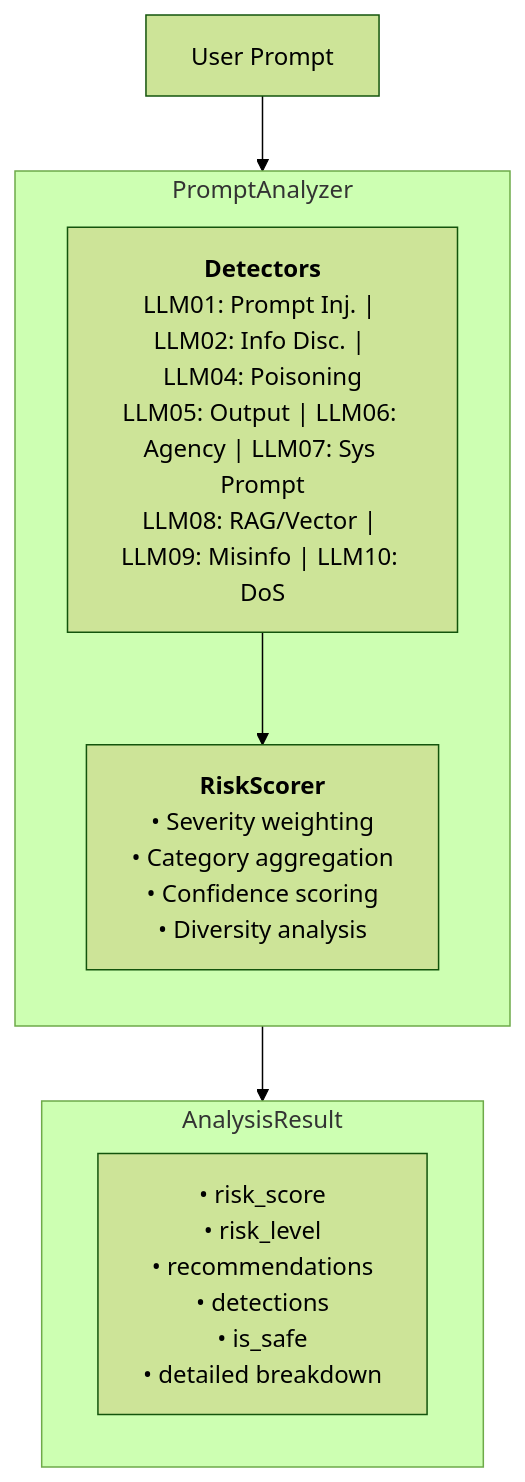
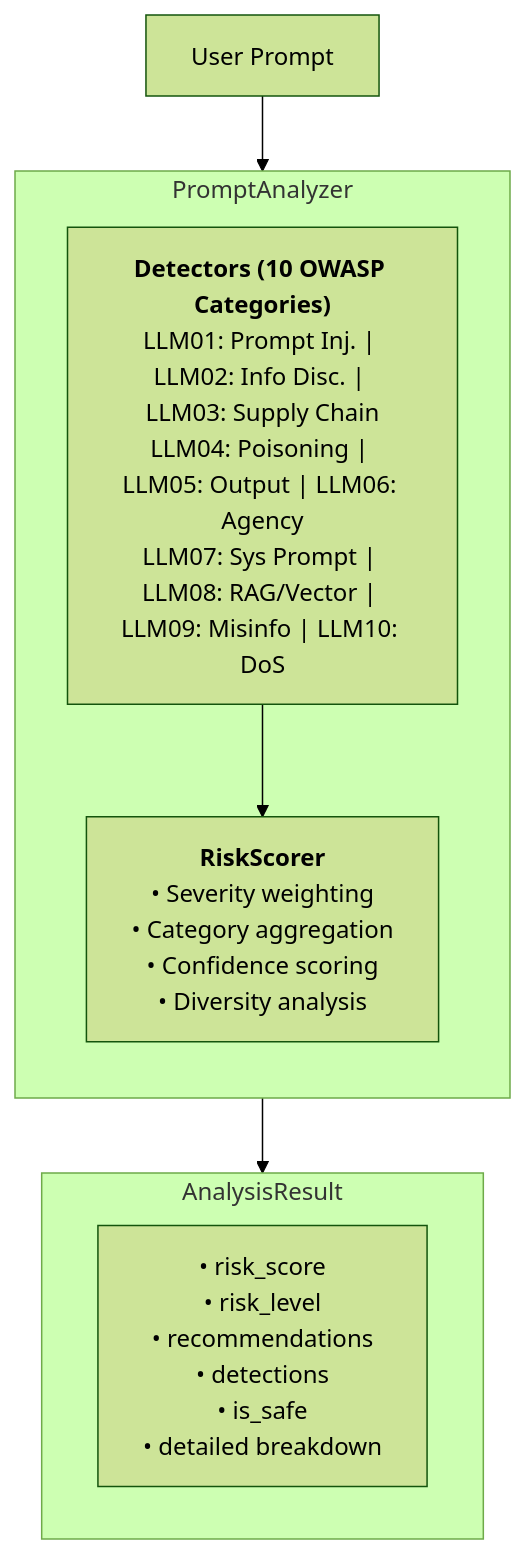
The diagram in README.md (SoubhikGhosh/soweak), drawn with Mermaid (forest theme) before and after one commit. The commit also changed other lines of this file, not shown here.

````diff
--- a/README.md
+++ b/README.md
@@ -948,20 +955,20 @@
 ```mermaid
 flowchart TD
     User[User Prompt] --> Detectors
 
     subgraph PA [PromptAnalyzer]
         direction TB
-        
-        Detectors["<b>Detectors</b><br/>LLM01: Prompt Inj. | LLM02: Info Disc. | LLM04: Poisoning<br/>LLM05: Output | LLM06: Agency | LLM07: Sys Prompt<br/>LLM08: RAG/Vector | LLM09: Misinfo | LLM10: DoS"]
-        
+
+        Detectors["<b>Detectors (10 OWASP Categories)</b><br/>LLM01: Prompt Inj. | LLM02: Info Disc. | LLM03: Supply Chain<br/>LLM04: Poisoning | LLM05: Output | LLM06: Agency<br/>LLM07: Sys Prompt | LLM08: RAG/Vector | LLM09: Misinfo | LLM10: DoS"]
+
         Detectors --> RS
-        
+
         RS["<b>RiskScorer</b><br/>• Severity weighting<br/>• Category aggregation<br/>• Confidence scoring<br/>• Diversity analysis"]
     end
 
     RS --> AR
 
     subgraph AR [AnalysisResult]
         AR_Feats["• risk_score<br/>• risk_level<br/>• recommendations<br/>• detections<br/>• is_safe<br/>• detailed breakdown"]
     end
 ```
````
